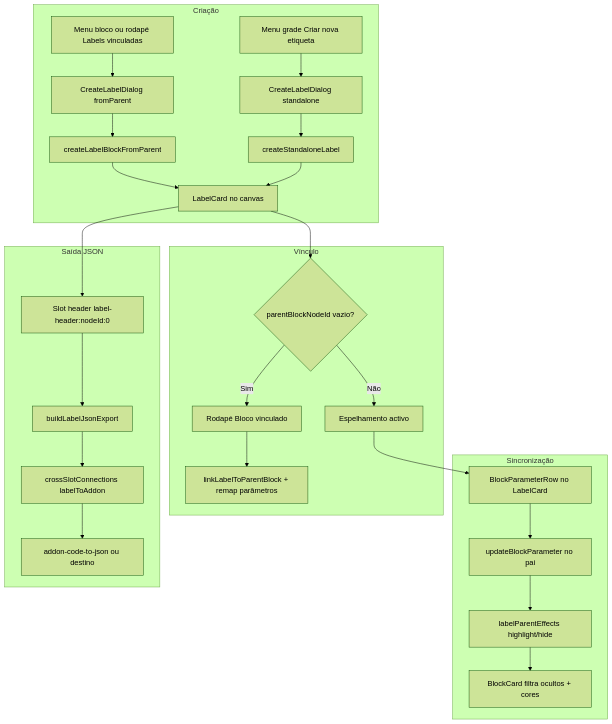
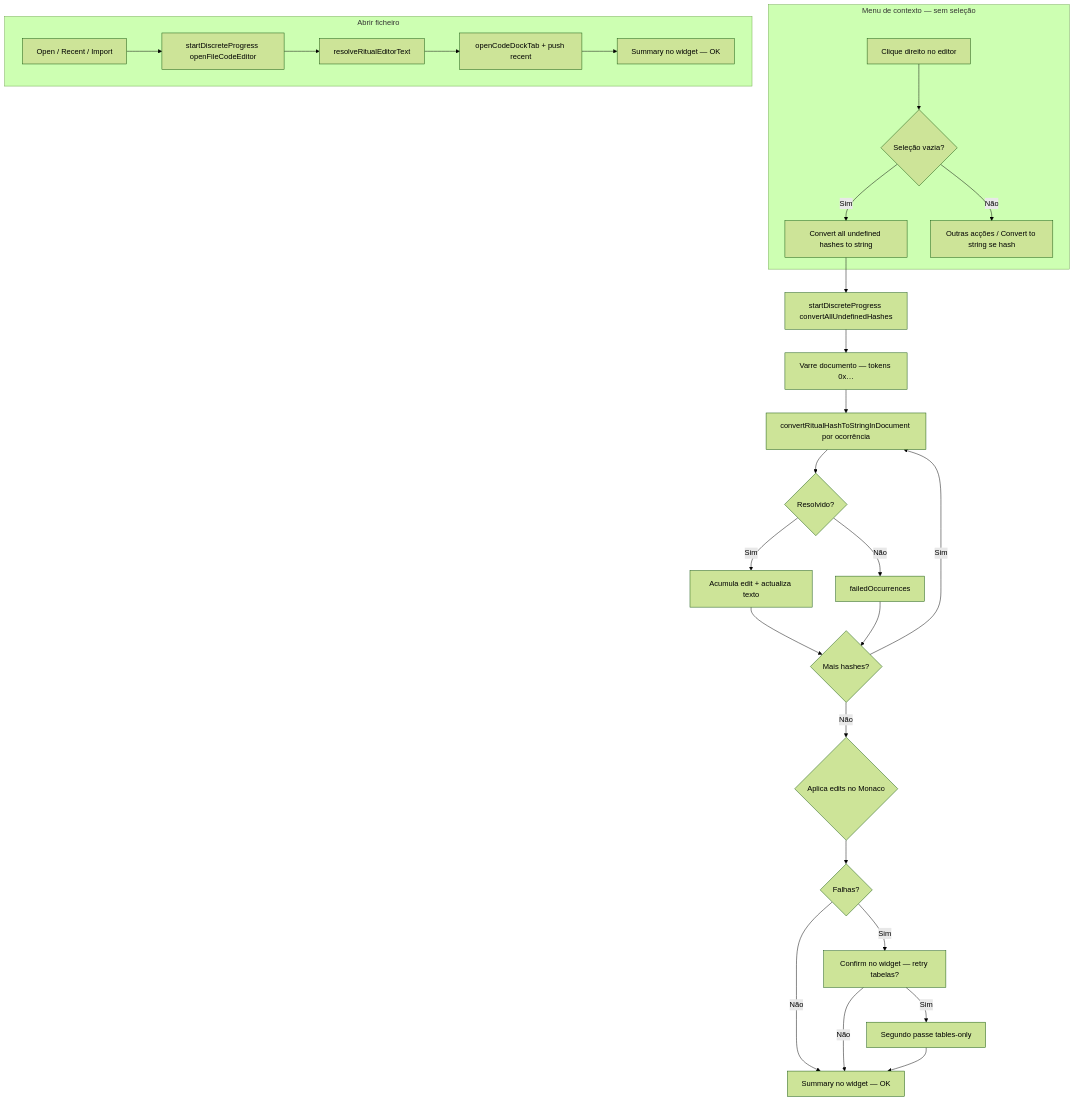
One commit to JunioCesar96/Node-Graphs-League-of-Legends changed the first of 2 diagrams in README.md. Above: the diagram before and after it, drawn with Mermaid (forest theme). The commit also changed other lines of this file and 1 other file, not shown here.

Commit message:
docs: README and feature doc for convert-all-hashes-discrete-progress

````diff
--- a/README.md
+++ b/README.md
@@ -37,32 +37,32 @@
 ```mermaid
 graph TD
-  subgraph create [Criação]
-    A1[Menu bloco ou rodapé Labels vinculadas] --> B[CreateLabelDialog fromParent]
-    A2[Menu grade Criar nova etiqueta] --> C[CreateLabelDialog standalone]
-    B --> D[createLabelBlockFromParent]
-    C --> E[createStandaloneLabel]
-    D --> F[LabelCard no canvas]
-    E --> F
+  subgraph ctx [Menu de contexto — sem seleção]
+    A[Clique direito no editor] --> B{Seleção vazia?}
+    B -->|Sim| C[Convert all undefined hashes to string]
+    B -->|Não| D[Outras acções / Convert to string se hash]
   end
 
-  subgraph link [Vínculo]
-    F --> G{parentBlockNodeId vazio?}
-    G -->|Sim| H[Rodapé Bloco vinculado]
-    H --> I[linkLabelToParentBlock + remap parâmetros]
-    G -->|Não| J[Espelhamento activo]
-  end
+  C --> E[startDiscreteProgress convertAllUndefinedHashes]
+  E --> F[Varre documento — tokens 0x…]
+  F --> G[convertRitualHashToStringInDocument por ocorrência]
+  G --> H{Resolvido?}
+  H -->|Sim| I[Acumula edit + actualiza texto]
+  H -->|Não| J[failedOccurrences]
+  I --> K{Mais hashes?}
+  J --> K
+  K -->|Sim| G
+  K -->|Não| L{Aplica edits no Monaco}
+  L --> M{Falhas?}
+  M -->|Não| N[Summary no widget — OK]
+  M -->|Sim| O[Confirm no widget — retry tabelas?]
+  O -->|Sim| P[Segundo passe tables-only]
+  O -->|Não| N
+  P --> N
 
-  subgraph sync [Sincronização]
-    J --> K[BlockParameterRow no LabelCard]
-    K --> L[updateBlockParameter no pai]
-    L --> M[labelParentEffects highlight/hide]
-    M --> N[BlockCard filtra ocultos + cores]
-  end
-
-  subgraph json [Saída JSON]
-    F --> O[Slot header label-header:nodeId:0]
-    O --> P[buildLabelJsonExport]
-    P --> Q[crossSlotConnections labelToAddon]
-    Q --> R[addon-code-to-json ou destino]
+  subgraph open [Abrir ficheiro]
+    Q[Open / Recent / Import] --> R[startDiscreteProgress openFileCodeEditor]
+    R --> S[resolveRitualEditorText]
+    S --> T[openCodeDockTab + push recent]
+    T --> U[Summary no widget — OK]
   end
 ```
````
